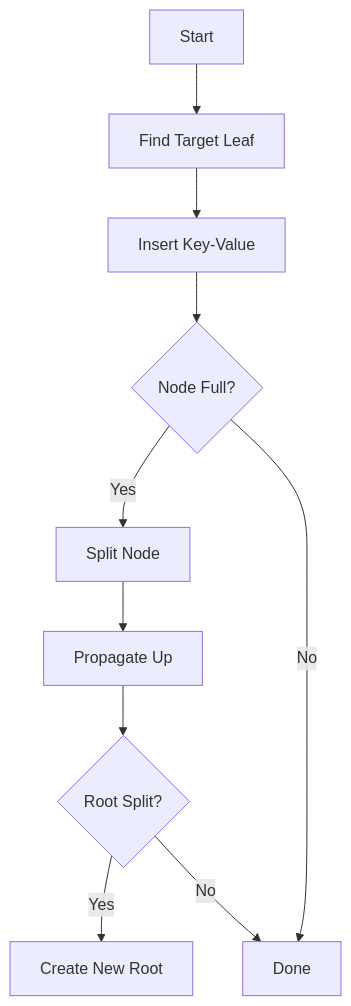
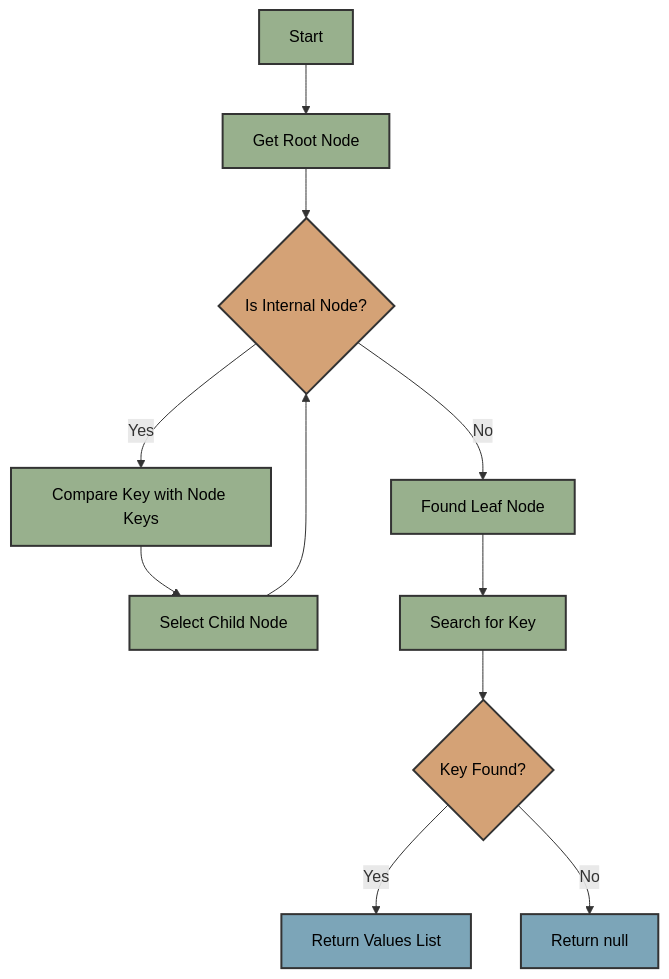
One commit to Xskullibur/CS201-SmuSQL changed the second of 6 diagrams in docs/BPlusTree.md. Above: the diagram before and after it, drawn with Mermaid. The commit also changed other lines of this file and 6 other files, not shown here.

````diff
--- a/docs/BPlusTree.md
+++ b/docs/BPlusTree.md
@@ -108,12 +132,22 @@
 ```mermaid
 graph TD
-    A[Start] --> B[Find Target Leaf]
-    B --> C[Insert Key-Value]
-    C --> D{Node Full?}
-    D -->|Yes| E[Split Node]
-    E --> F[Propagate Up]
-    D -->|No| G[Done]
-    F --> H{Root Split?}
-    H -->|Yes| I[Create New Root]
-    H -->|No| G
+    A[Start] --> B[Get Root Node]
+    B --> C{Is Internal Node?}
+    C -->|Yes| D[Compare Key with Node Keys]
+    D --> E[Select Child Node]
+    E --> C
+    C -->|No| F[Found Leaf Node]
+    F --> G[Search for Key]
+    G --> H{Key Found?}
+    H -->|Yes| I[Return Values List]
+    H -->|No| J[Return null]
+
+    %% Style for nodes
+    classDef process fill:#7ca5b8,stroke:#333,stroke-width:2px,color:#000;
+    classDef decision fill:#d4a276,stroke:#333,stroke-width:2px,color:#000;
+    classDef terminator fill:#98b08d,stroke:#333,stroke-width:2px,color:#000;
+
+    class A,B,D,E,F,G terminator;
+    class C,H decision;
+    class I,J process;
 ```
````
